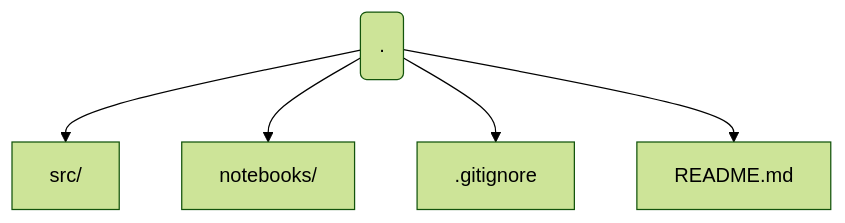
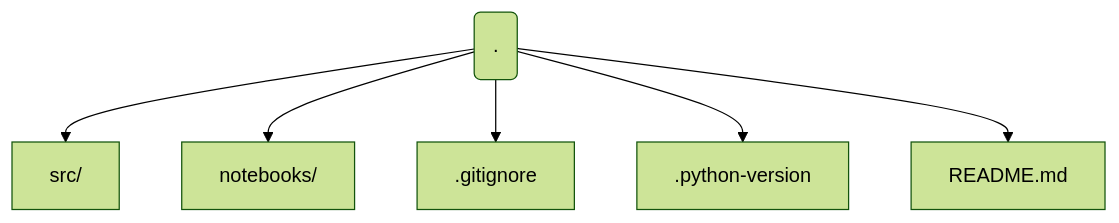
One commit to sulayaffa24/swapi-data-engineering changed the first of 2 diagrams in README.md. Above: the diagram before and after it, drawn with Mermaid (forest theme). The commit also changed other lines of this file, not shown here.

````diff
--- a/README.md
+++ b/README.md
@@ -21,8 +21,9 @@
 ``` mermaid
 flowchart TD
     Root(.) --> src[src/]
     Root --> nb[notebooks/]
     Root --> git[.gitignore]
+    Root --> py[.python-version]
     Root --> read[README.md]
 
 ```
````
